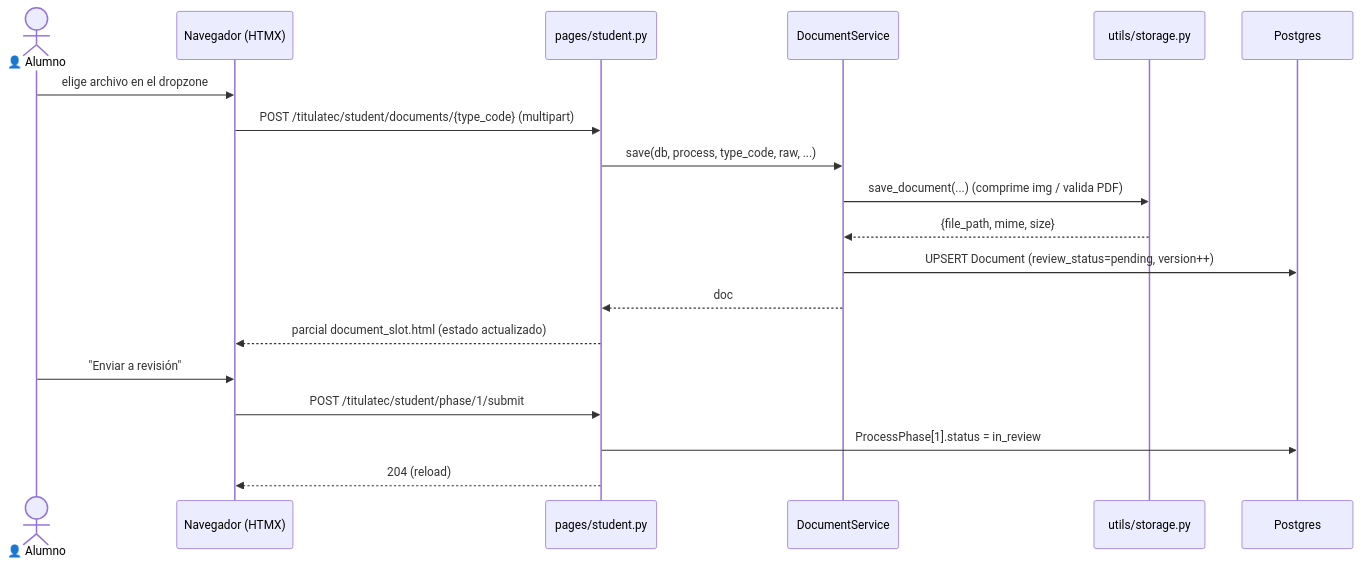
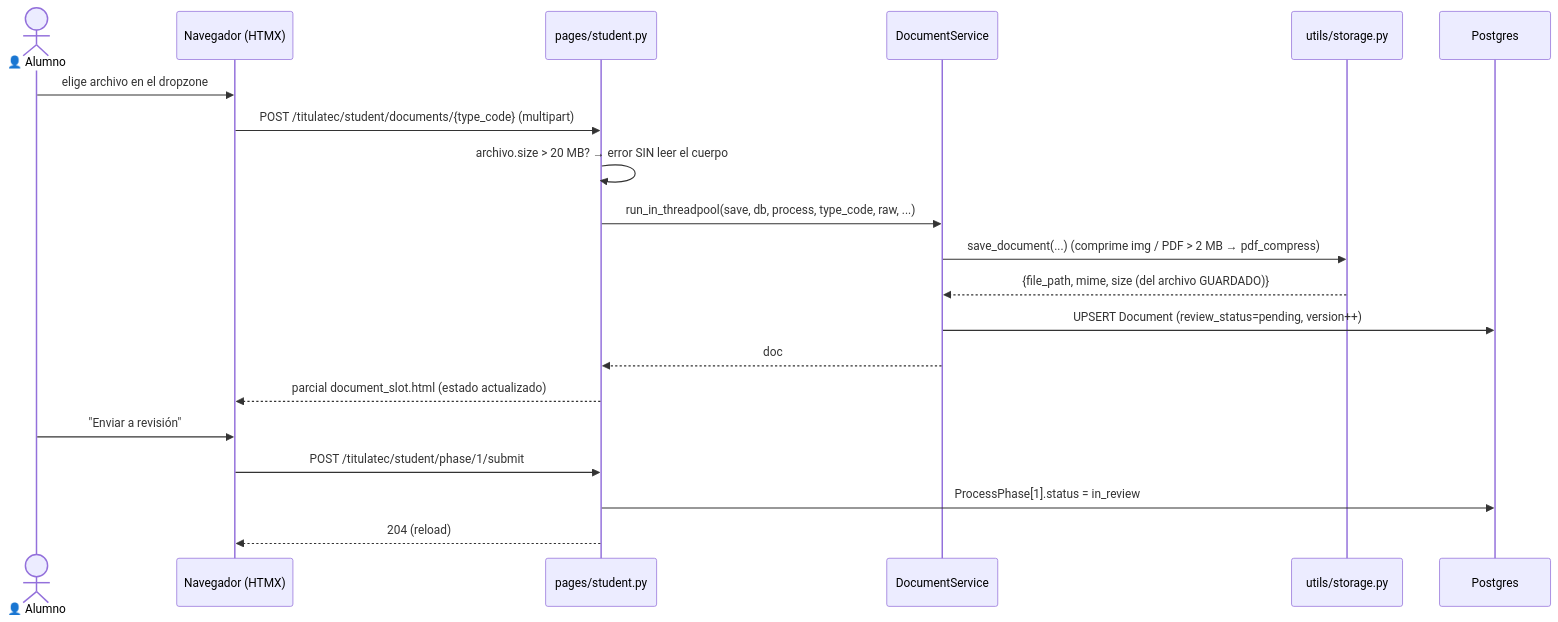
One commit to Erne1357/itcj changed the diagram in itcj2/apps/titulatec/docs/flows/phase1_student_upload_initial_docs.md. Above: the diagram before and after it, drawn with Mermaid. The commit also changed other lines of this file and 2 other files, not shown here.

````diff
--- a/itcj2/apps/titulatec/docs/flows/phase1_student_upload_initial_docs.md
+++ b/itcj2/apps/titulatec/docs/flows/phase1_student_upload_initial_docs.md
@@ -28,21 +33,22 @@
 ```mermaid
 sequenceDiagram
     actor U as 👤 Alumno
     participant FE as Navegador (HTMX)
     participant API as pages/student.py
     participant SVC as DocumentService
     participant ST as utils/storage.py
     participant DB as Postgres
     U->>FE: elige archivo en el dropzone
     FE->>API: POST /titulatec/student/documents/{type_code}  (multipart)
-    API->>SVC: save(db, process, type_code, raw, ...)
-    SVC->>ST: save_document(...) (comprime img / valida PDF)
-    ST-->>SVC: {file_path, mime, size}
+    API->>API: archivo.size > 20 MB? → error SIN leer el cuerpo
+    API->>SVC: run_in_threadpool(save, db, process, type_code, raw, ...)
+    SVC->>ST: save_document(...) (comprime img / PDF > 2 MB → pdf_compress)
+    ST-->>SVC: {file_path, mime, size (del archivo GUARDADO)}
     SVC->>DB: UPSERT Document (review_status=pending, version++)
     SVC-->>API: doc
     API-->>FE: parcial document_slot.html (estado actualizado)
     U->>FE: "Enviar a revisión"
     FE->>API: POST /titulatec/student/phase/1/submit
     API->>DB: ProcessPhase[1].status = in_review
     API-->>FE: 204 (reload)
 ```
````
